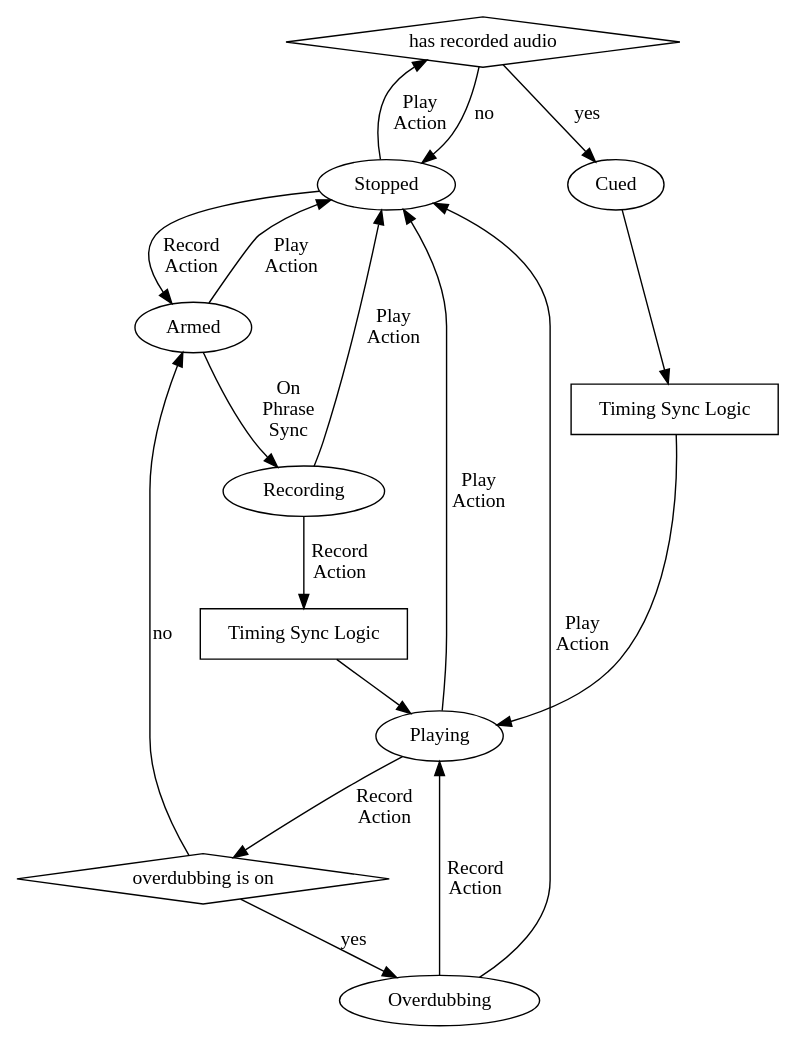
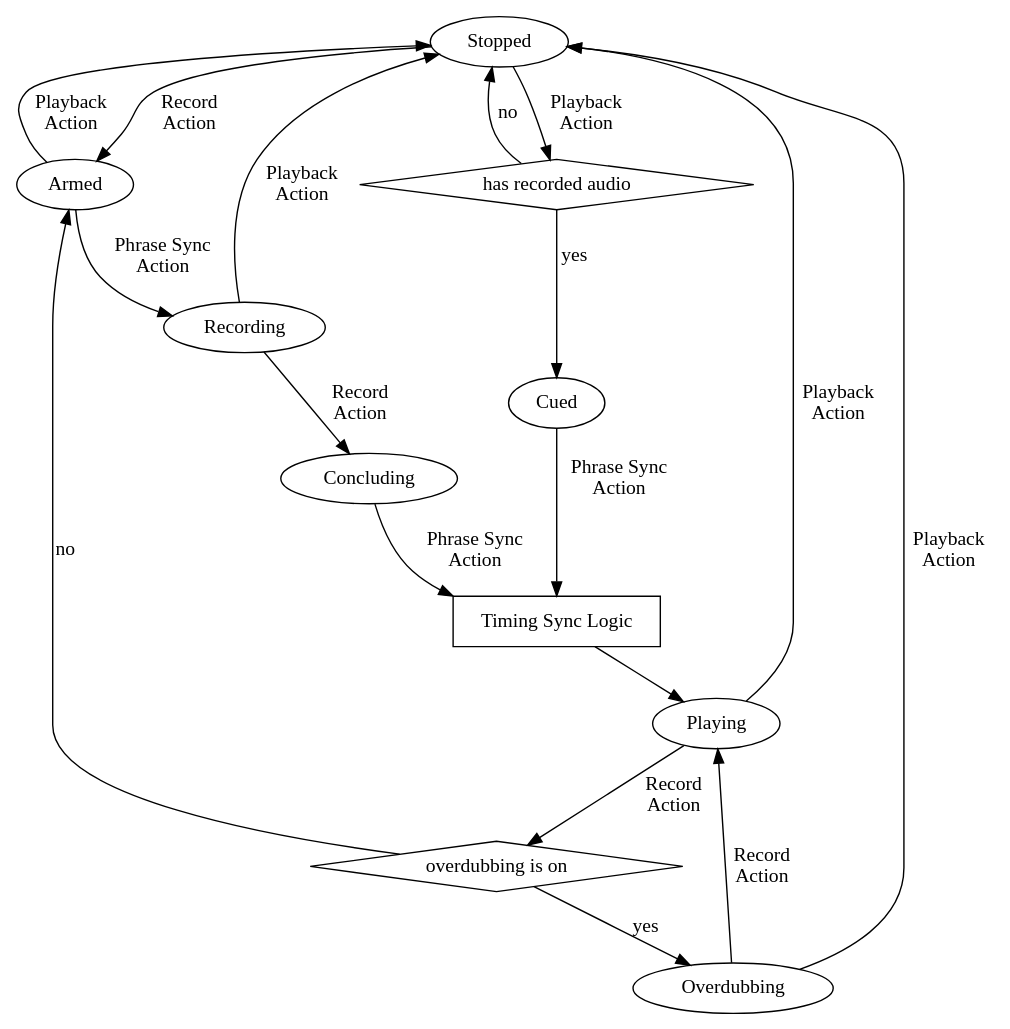
The diagram in diagrams/buffer-control-fsm.dot (rumblesan/glacier), drawn with Graphviz before and after one commit.

Commit message:
Tweaking buffer control diagram

```diff
--- a/diagrams/buffer-control-fsm.dot
+++ b/diagrams/buffer-control-fsm.dot
@@ -1,35 +1,37 @@
 digraph G {
 
-  node [ shape="diamond" ];
-  hasAudio [ label="has recorded audio" ];
-  overdubActive [ label="overdubbing is on" ];
+  Stopped [ shape="oval" ];
+  Armed [ shape="oval" ];
+  hasAudio [ label="has recorded audio", shape="diamond" ];
+  Cued [ shape="oval" ];
+  playSyncLogic [ label="Timing Sync Logic", shape="box" ];
+  Recording [ shape="oval" ];
+  Concluding [ shape="oval" ];
+  Playing [ shape="oval" ];
+  overdubActive [ label="overdubbing is on", shape="diamond" ];
+  Overdubbing [ shape="oval" ];
 
-  node [ shape="box" ];
-  recordSyncLogic [ label="Timing Sync Logic" ];
-  playSyncLogic [ label="Timing Sync Logic" ];
-
-  node [ shape="oval" ];
   Stopped -> Armed [ label="Record\nAction" ];
-  Stopped -> hasAudio [ label="Play\nAction" ];
+  Stopped -> hasAudio [ label="Playback\nAction" ];
   hasAudio -> Stopped [ label="no" ];
   hasAudio -> Cued [ label="yes" ];
 
-  Cued -> playSyncLogic;
+  Cued -> playSyncLogic [ label="Phrase Sync\nAction" ];
   playSyncLogic -> Playing;
 
-  Armed -> Stopped [ label="Play\nAction" ];
-  Armed -> Recording [ label="On\nPhrase\nSync" ];
+  Armed -> Stopped [ label="Playback\nAction" ];
+  Armed -> Recording [ label="Phrase Sync\nAction" ];
 
-  Recording -> Stopped [ label="Play\nAction" ];
-  Recording -> recordSyncLogic [ label="Record\nAction" ];
-  recordSyncLogic -> Playing;
+  Recording -> Stopped [ label="Playback\nAction" ];
+  Recording -> Concluding [ label="Record\nAction" ];
+  Concluding -> playSyncLogic [ label="Phrase Sync\nAction" ];
 
-  Playing -> Stopped [ label="Play\nAction" ];
+  Playing -> Stopped [ label="Playback\nAction" ];
   Playing -> overdubActive [ label="Record\nAction" ];
   overdubActive -> Armed [ label="no" ];
   overdubActive -> Overdubbing [ label="yes" ];
 
-  Overdubbing -> Stopped [ label="Play\nAction" ];
+  Overdubbing -> Stopped [ label="Playback\nAction" ];
   Overdubbing -> Playing [ label="Record\nAction" ];
 
 }
```
